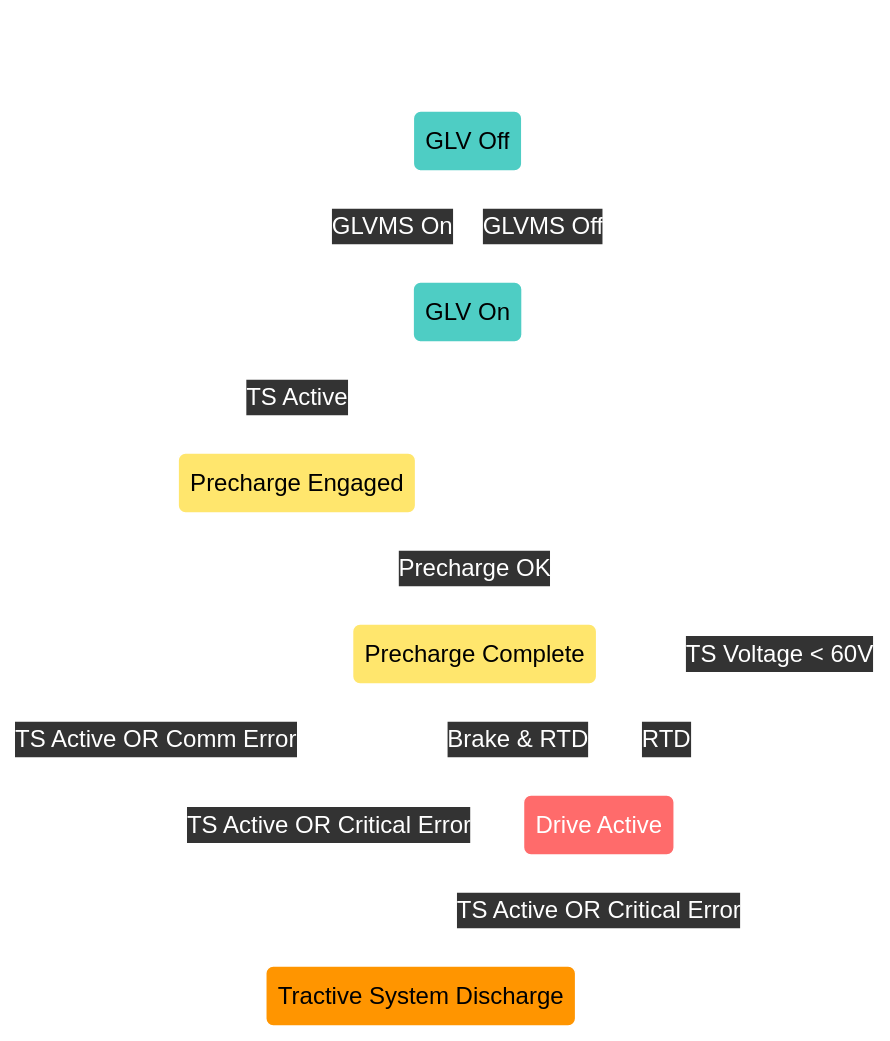
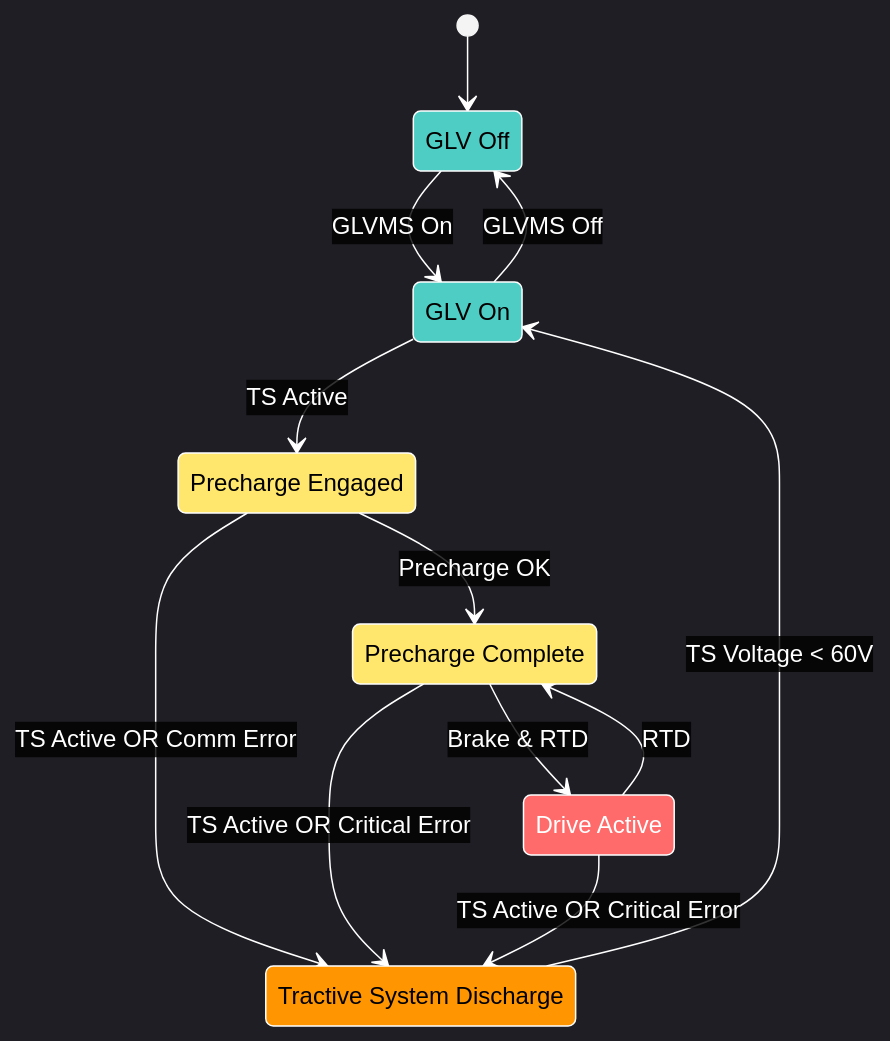
Before and after one commit to Gaucho-Racing/Firmware: the diagram in Lib/GlobalShare/StateMachine.md, drawn with Mermaid.

Commit message:
Update state machine diagram theme to dark mode

````diff
--- a/Lib/GlobalShare/StateMachine.md
+++ b/Lib/GlobalShare/StateMachine.md
@@ -9,68 +9,65 @@
 ```mermaid
 %%{init: {
-  'theme': 'base',
+  'theme': 'dark',
   'themeVariables': {
     'primaryColor': '#ff6b6b',
     'primaryTextColor': '#ffffff',
     'primaryBorderColor': '#ff6b6b',
     'lineColor': '#ffffff',
     'edgeLabelBackground': 'rgba(0,0,0,0.8)',
     'transitionColor': '#ffffff',
     'transitionLabelColor': '#ffffff',
     'secondaryColor': '#4ecdc4',
     'tertiaryColor': '#ffe66d',
-    'background': '#2d2d2d',
-    'mainBkg': '#2d2d2d',
-    'secondBkg': '#2d2d2d',
-    'tertiaryBkg': '#2d2d2d'
+    'darkMode': true
   }
 }}%%
 
 stateDiagram
 
     [*] --> GLV_Off
 
     %% Main horizontal flow (top row)
     GLV_Off --> GLV_On : GLVMS On
     GLV_On --> GLV_Off : GLVMS Off
     GLV_On --> Precharge_Engaged : TS Active
     Precharge_Engaged --> Precharge_Complete : Precharge OK
     Precharge_Complete --> Drive_Active : Brake & RTD
 
     %% Normal Operation Cycle (horizontal)
     Drive_Active --> Precharge_Complete : RTD
 
     %% Discharge state positioned below
     GLV_Off
     GLV_On
     Precharge_Engaged
     Precharge_Complete
     Drive_Active
     Tractive_System_Discharge
 
     %% Downward transitions to discharge
     Precharge_Engaged --> Tractive_System_Discharge : TS Active OR Comm Error
     Precharge_Complete --> Tractive_System_Discharge : TS Active OR Critical Error
     Drive_Active --> Tractive_System_Discharge : TS Active OR Critical Error
 
     %% Return upward from discharge
     Tractive_System_Discharge --> GLV_On : TS Voltage < 60V
 
     %% State Descriptions
     GLV_Off : GLV Off
     GLV_On : GLV On
     Precharge_Engaged : Precharge Engaged
     Precharge_Complete : Precharge Complete
     Drive_Active : Drive Active
     Tractive_System_Discharge : Tractive System Discharge
 
     classDef safeState fill:#4ecdc4,stroke:#ffffff,stroke-width:1px,color:#000
     classDef hvState fill:#ff6b6b,stroke:#ffffff,stroke-width:1px,color:#fff
     classDef transitionState fill:#ffe66d,stroke:#ffffff,stroke-width:1px,color:#000
     classDef dischargeState fill:#ff9500,stroke:#ffffff,stroke-width:1px,color:#000
 
     class GLV_Off,GLV_On safeState
     class Drive_Active hvState
     class Precharge_Engaged,Precharge_Complete transitionState
     class Tractive_System_Discharge dischargeState
 ```
````
